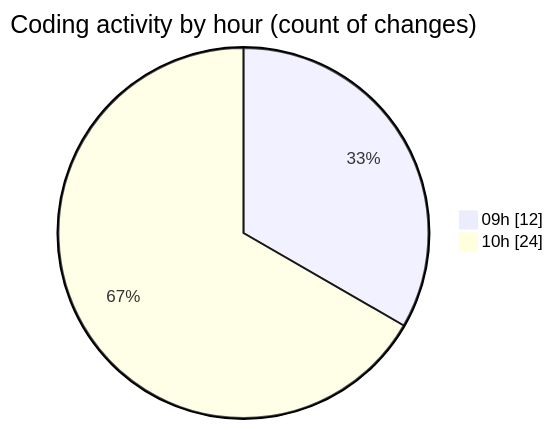
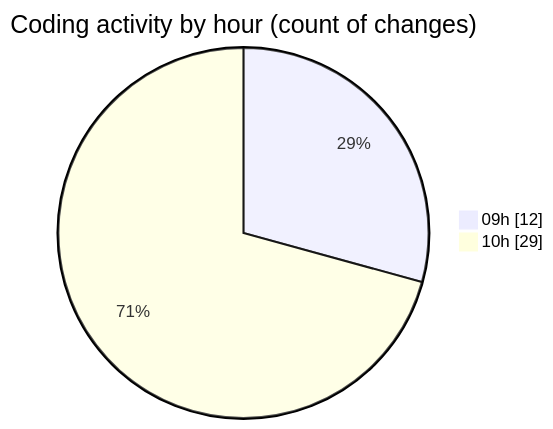
One commit to momahboobian/code-tracking changed the second of 2 diagrams in 2025-10-03/cda/README.md. Above: the diagram before and after it, drawn with Mermaid. The commit also changed other lines of this file and 1 other file, not shown here.

````diff
--- a/2025-10-03/cda/README.md
+++ b/2025-10-03/cda/README.md
@@ -31,6 +31,6 @@
 ```mermaid
 pie showData
 title Coding activity by hour (count of changes)
 "09h" : 12
-"10h" : 24
+"10h" : 29
 ```
````
